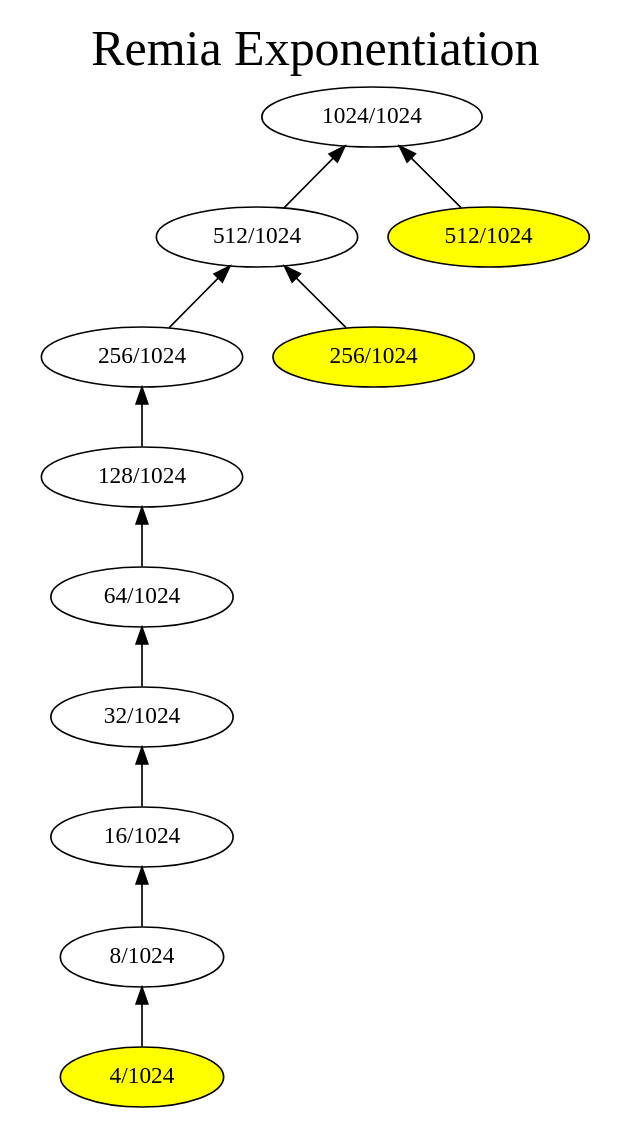
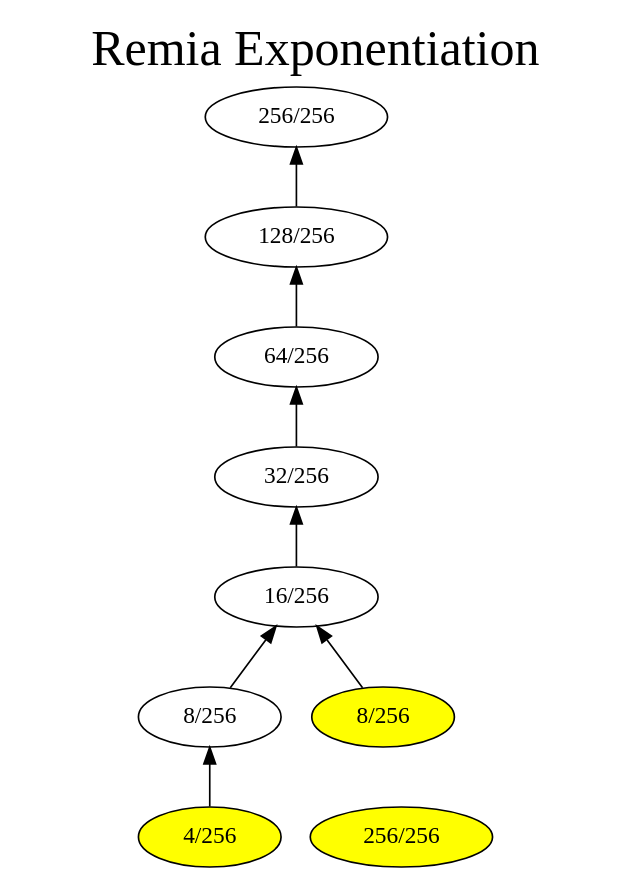
The diagram in GuiTool/image/Remia/RemiaHeapDot.dot (iitramar/guiTool), drawn with Graphviz before and after one commit. The commit also changed 55 other files, not shown here.

```diff
--- a/GuiTool/image/Remia/RemiaHeapDot.dot
+++ b/GuiTool/image/Remia/RemiaHeapDot.dot
@@ -1,28 +1,23 @@
 digraph G { 
 rankdir = BT;
 graph [label= "Remia Exponentiation", labelloc=t, fontsize=30];
-101[label= " 1024/1024 " ];
-202[label= " 512/1024 " ];
+101[label= " 256/256 " ];
+202[label= " 128/256 " ];
 202->101
-203[label= " 512/1024 " ];
-203->101
-404[label= " 256/1024 " ];
+404[label= " 64/256 " ];
 404->202
-405[label= " 256/1024 " ];
-405->202
-808[label= " 128/1024 " ];
+808[label= " 32/256 " ];
 808->404
-1616[label= " 64/1024 " ];
+1616[label= " 16/256 " ];
 1616->808
-3232[label= " 32/1024 " ];
+3232[label= " 8/256 " ];
 3232->1616
-6464[label= " 16/1024 " ];
+3233[label= " 8/256 " ];
+3233->1616
+6464[label= " 4/256 " ];
 6464->3232
-12928[label= " 8/1024 " ];
-12928->6464
-25856[label= " 4/1024 " ];
-25856->12928
-25856[style=filled, fillcolor=yellow];
-405[style=filled, fillcolor=yellow];
-203[style=filled, fillcolor=yellow];
+6464[style=filled, fillcolor=yellow];
+3233[style=filled, fillcolor=yellow];
+201[label= " 256/256 " ];
+201[style=filled, fillcolor=yellow];
 }
```
